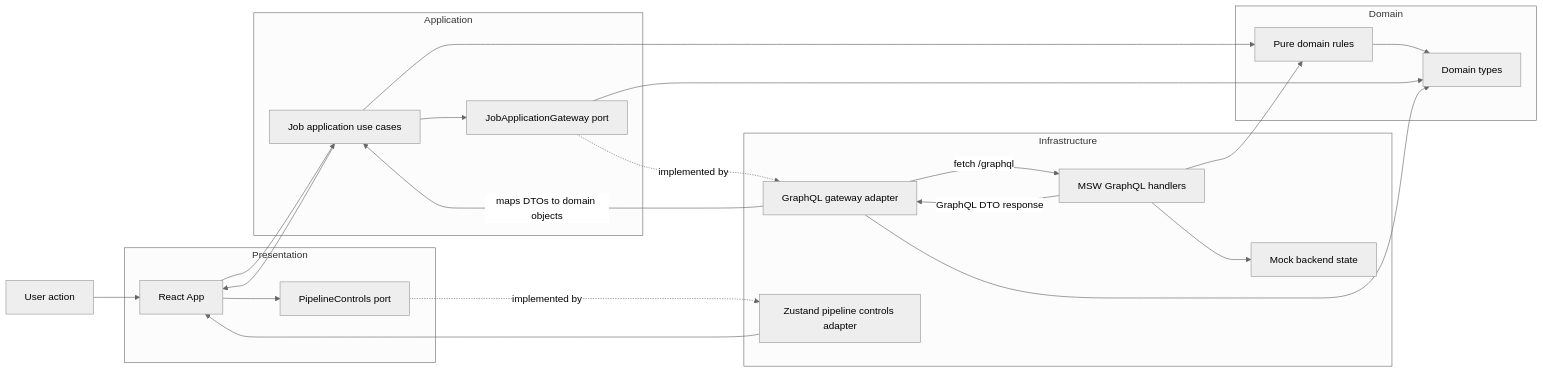
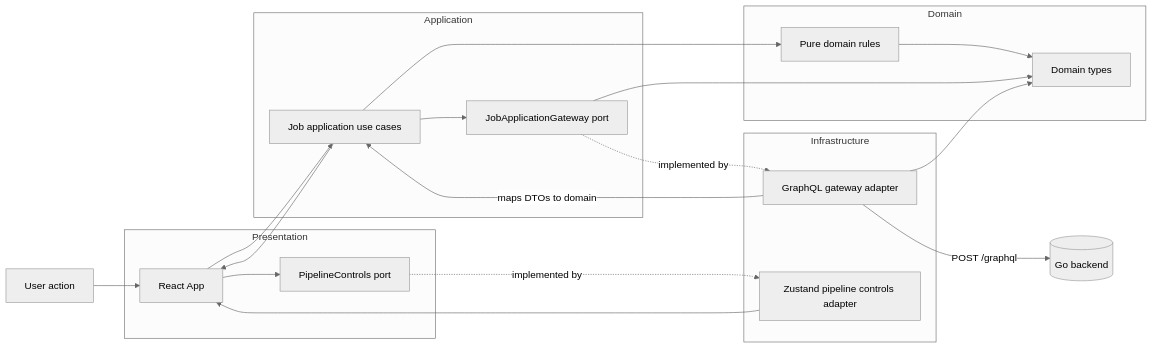
The first of 3 diagrams in README.md (tonirilix/career-pipeline), drawn with Mermaid (neutral theme) before and after one commit. The commit also changed other lines of this file and 3 other files, not shown here.

````diff
--- a/README.md
+++ b/README.md
@@ -11,48 +20,39 @@
 ```mermaid
 flowchart LR
   User[User action]
 
   subgraph Presentation
     App[React App]
     ControlsPort[PipelineControls port]
   end
 
   subgraph Application
     UseCases[Job application use cases]
     GatewayPort[JobApplicationGateway port]
   end
 
   subgraph Domain
     DomainRules[Pure domain rules]
     DomainTypes[Domain types]
   end
 
   subgraph Infrastructure
     GraphqlGateway[GraphQL gateway adapter]
     Zustand[Zustand pipeline controls adapter]
-    MSW[MSW GraphQL handlers]
-    MockState[Mock backend state]
   end
 
   User --> App
-
   App --> UseCases
   UseCases --> DomainRules
   UseCases --> GatewayPort
-
   GatewayPort -. implemented by .-> GraphqlGateway
-  GraphqlGateway -->|fetch /graphql| MSW
-  MSW --> MockState
-  MSW --> DomainRules
-  MSW -->|GraphQL DTO response| GraphqlGateway
-  GraphqlGateway -->|maps DTOs to domain objects| UseCases
+  GraphqlGateway -->|POST /graphql| GoBackend[(Go backend)]
+  GraphqlGateway -->|maps DTOs to domain| UseCases
   UseCases --> App
-
   App --> ControlsPort
   ControlsPort -. implemented by .-> Zustand
   Zustand --> App
-
   DomainRules --> DomainTypes
   GatewayPort --> DomainTypes
   GraphqlGateway --> DomainTypes
 ```
````
